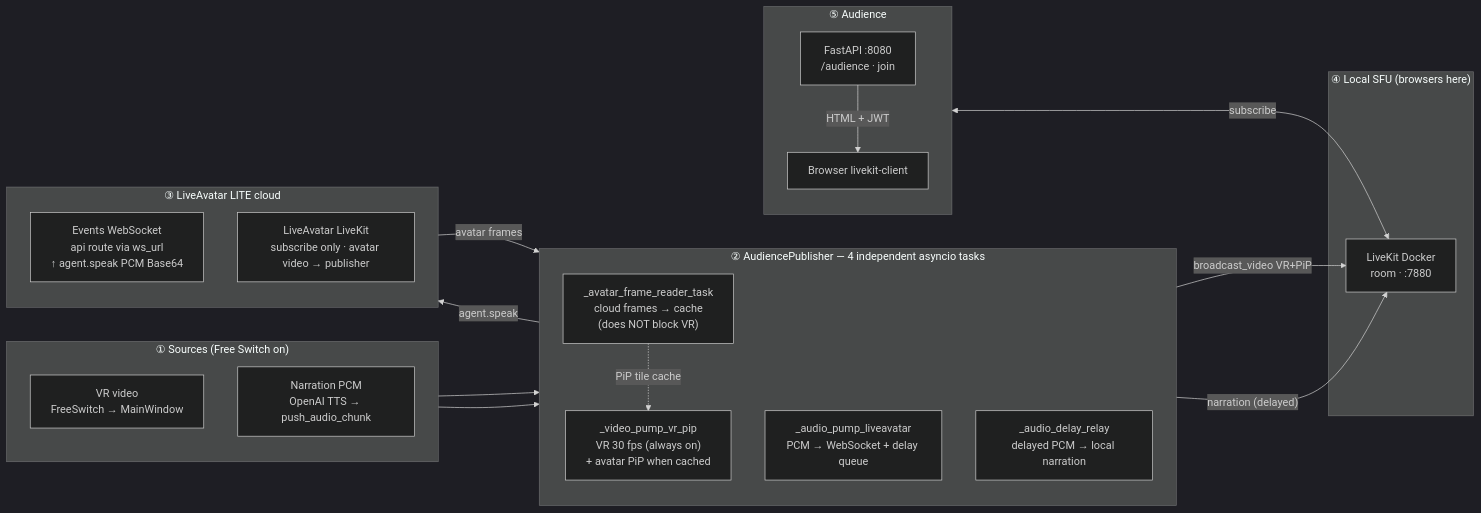
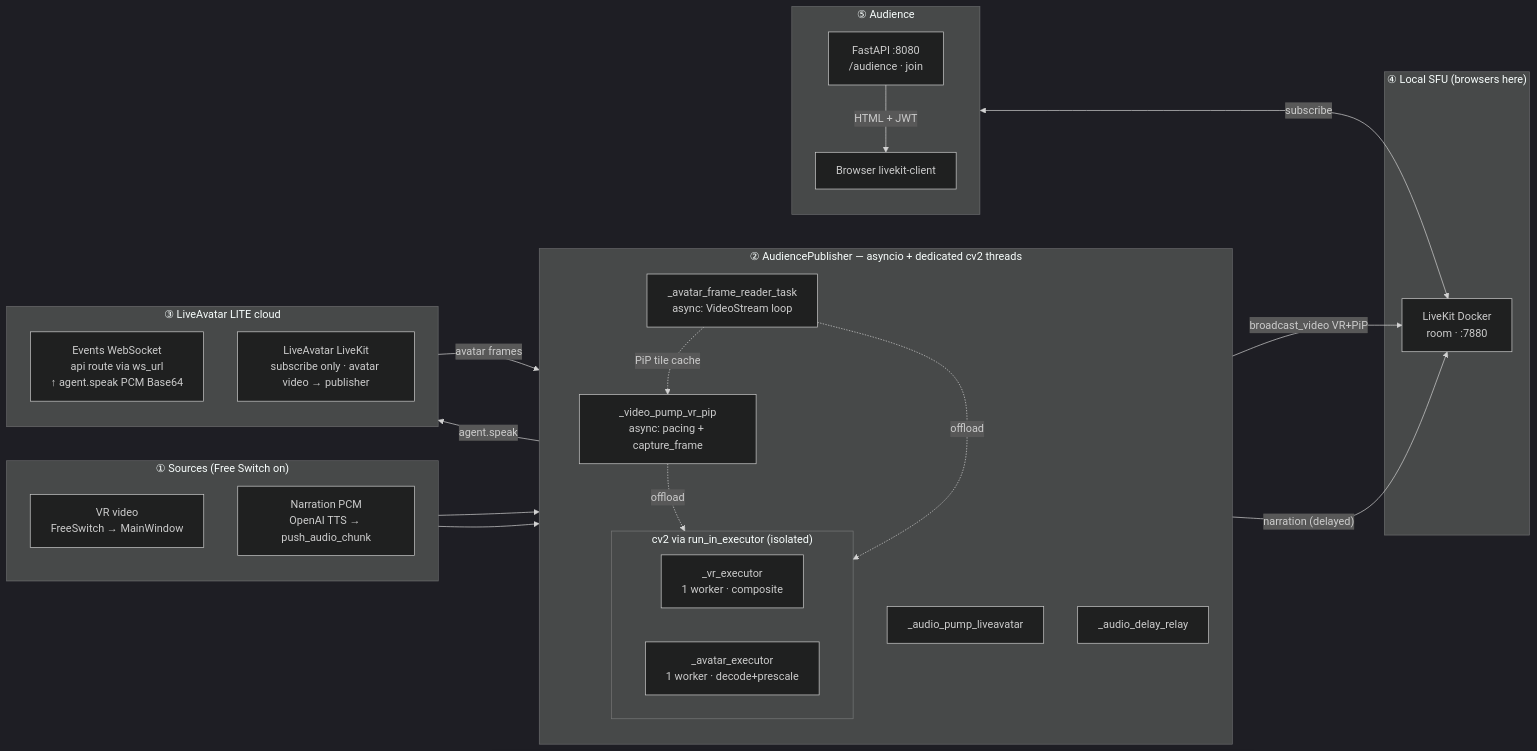
The second of 4 diagrams in src/miis_broadcast/audience/README.md (bolin35877766/miis_broadcast), drawn with Mermaid (dark theme) before and after one commit. The commit also changed other lines of this file and 2 other files, not shown here.

Commit message:
docs: sync audience README flowcharts with livekit_publisher executors and tasks

````diff
--- a/src/miis_broadcast/audience/README.md
+++ b/src/miis_broadcast/audience/README.md
@@ -79,42 +83,49 @@
 ```mermaid
 flowchart LR
   subgraph SRC["① Sources (Free Switch on)"]
     direction TB
     VR["VR video<br/>FreeSwitch → MainWindow"]
     PCM["Narration PCM<br/>OpenAI TTS → push_audio_chunk"]
   end
 
-  subgraph PUB["② AudiencePublisher — 4 independent asyncio tasks"]
+  subgraph PUB["② AudiencePublisher — asyncio + dedicated cv2 threads"]
     direction TB
-    TVRPIP["_video_pump_vr_pip<br/>VR 30 fps (always on)<br/>+ avatar PiP when cached"]
-    TAVR["_avatar_frame_reader_task<br/>cloud frames → cache<br/>(does NOT block VR)"]
-    TAPU["_audio_pump_liveavatar<br/>PCM → WebSocket + delay queue"]
-    TREL["_audio_delay_relay<br/>delayed PCM → local narration"]
+    TVRPIP["_video_pump_vr_pip<br/>async: pacing + capture_frame"]
+    TAVR["_avatar_frame_reader_task<br/>async: VideoStream loop"]
+    TAPU["_audio_pump_liveavatar"]
+    TREL["_audio_delay_relay"]
+    subgraph EXEC["cv2 via run_in_executor (isolated)"]
+      direction LR
+      VRX["_vr_executor<br/>1 worker · composite"]
+      AVX["_avatar_executor<br/>1 worker · decode+prescale"]
+    end
+    TVRPIP -.->|offload| VRX
+    TAVR -.->|offload| AVX
   end
 
   subgraph CLD["③ LiveAvatar LITE cloud"]
     direction TB
     WS["Events WebSocket<br/>api route via ws_url<br/>↑ agent.speak PCM Base64"]
     CLK["LiveAvatar LiveKit<br/>subscribe only · avatar video → publisher"]
   end
 
   subgraph LOC["④ Local SFU (browsers here)"]
     LK["LiveKit Docker<br/>room · :7880"]
   end
 
   subgraph AUD["⑤ Audience"]
     direction TB
     HTTP["FastAPI :8080<br/>/audience · join"]
     BR["Browser livekit-client"]
   end
 
   VR --> TVRPIP
   PCM --> TAPU
   CLK -->|"avatar frames"| TAVR
   TAVR -.->|"PiP tile cache"| TVRPIP
   TAPU -->|"agent.speak"| WS
   TVRPIP -->|"broadcast_video VR+PiP"| LK
   TREL -->|"narration (delayed)"| LK
   HTTP -->|"HTML + JWT"| BR
   BR <-->|"subscribe"| LK
 ```
````
